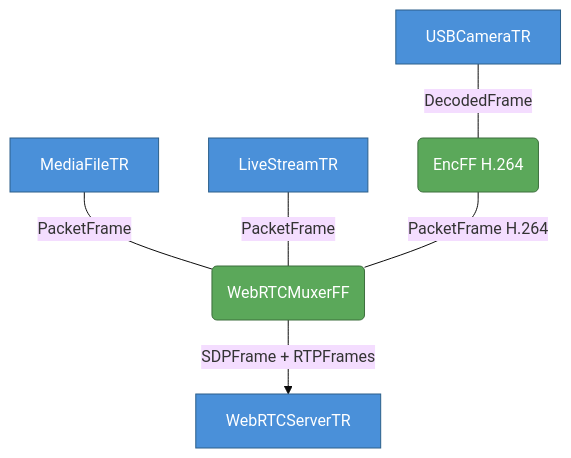
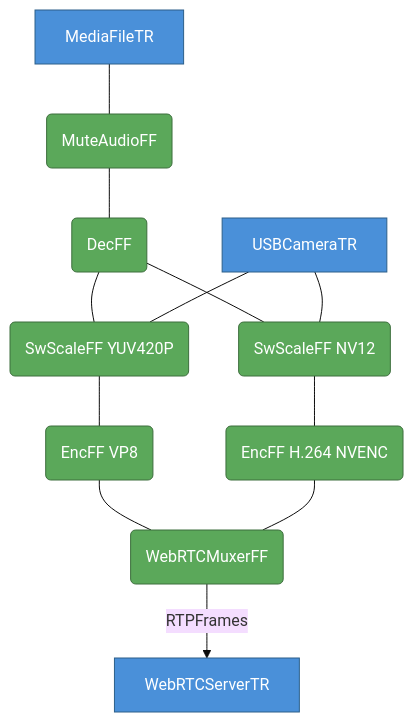
Before and after one commit to elsampsa/limef-apps: diagram 15 of 15 in python/README.md, drawn with Mermaid (base theme). The commit also changed other lines of this file and 3 other files, not shown here.

````diff
--- a/python/README.md
+++ b/python/README.md
@@ -813,20 +810,30 @@
 ```mermaid
 flowchart TD
     fileTR[MediaFileTR]
-    liveTR[LiveStreamTR]
+    muteFF(MuteAudioFF)
+    decFF(DecFF)
     usbTR[USBCameraTR]
-    encff(EncFF H.264)
+    swVP8(SwScaleFF YUV420P)
+    encVP8(EncFF VP8)
+    swCUDA(SwScaleFF NV12)
+    encCUDA(EncFF H.264 NVENC)
     webrtcmux(WebRTCMuxerFF)
     wrtcsvr[WebRTCServerTR]
 
-    fileTR ---|PacketFrame| webrtcmux
-    liveTR ---|PacketFrame| webrtcmux
-    usbTR ---|DecodedFrame| encff
-    encff ---|PacketFrame H.264| webrtcmux
-    webrtcmux -->|SDPFrame + RTPFrames| wrtcsvr
+    fileTR --- muteFF
+    muteFF --- decFF
+    decFF --- swVP8
+    decFF --- swCUDA
+    usbTR --- swVP8
+    usbTR --- swCUDA
+    swVP8 --- encVP8
+    swCUDA --- encCUDA
+    encVP8 --- webrtcmux
+    encCUDA --- webrtcmux
+    webrtcmux -->|RTPFrames| wrtcsvr
 
     classDef thread fill:#4a90d9,stroke:#2c5f8a,color:#fff
     classDef ff     fill:#5ba85a,stroke:#3d6e3d,color:#fff
-    class fileTR,liveTR,usbTR,wrtcsvr thread
-    class encff,webrtcmux ff
+    class fileTR,usbTR,wrtcsvr thread
+    class muteFF,decFF,swVP8,encVP8,swCUDA,encCUDA,webrtcmux ff
 ```
````
